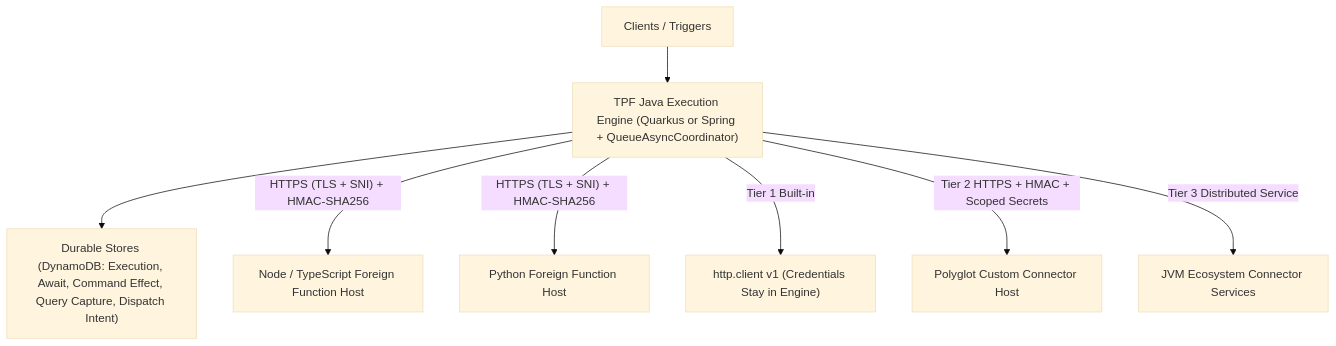
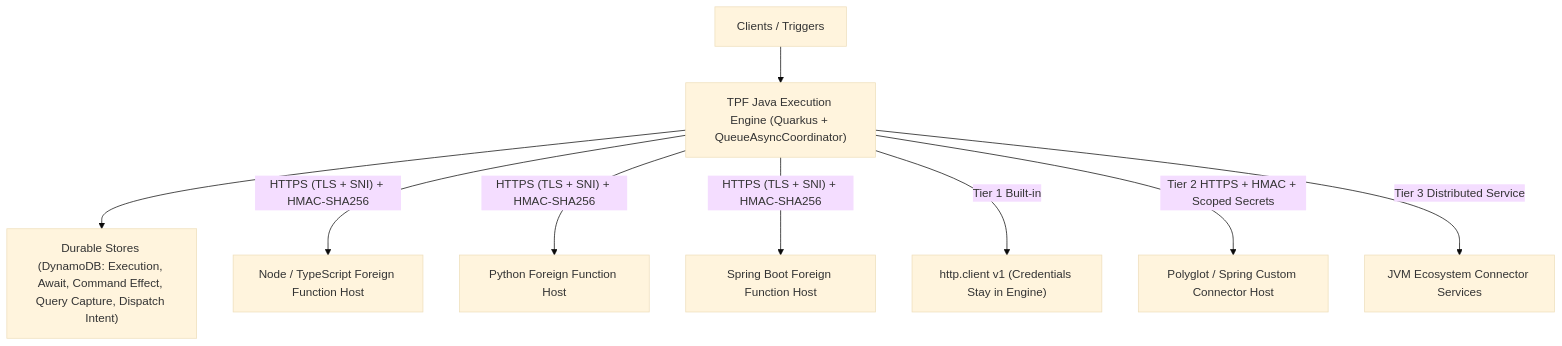
Before and after one commit to The-Pipeline-Framework/pipelineframework: the diagram in docs/deploy/polyglot.md, drawn with Mermaid (base theme). The commit also changed other lines of this file and 7 other files, not shown here.

First line of the commit message:
docs(adr-0094): adopt ADR-0092 Foreign Function & Connector Host for Spring Boot (#1128)

````diff
--- a/docs/deploy/polyglot.md
+++ b/docs/deploy/polyglot.md
@@ -5,10 +5,11 @@
 ```mermaid
 flowchart TB
-    CLIENT["Clients / Triggers"] --> ENGINE["TPF Java Execution Engine (Quarkus or Spring + QueueAsyncCoordinator)"]
+    CLIENT["Clients / Triggers"] --> ENGINE["TPF Java Execution Engine (Quarkus + QueueAsyncCoordinator)"]
     ENGINE --> DDB["Durable Stores (DynamoDB: Execution, Await, Command Effect, Query Capture, Dispatch Intent)"]
     ENGINE -->|"HTTPS (TLS + SNI) + HMAC-SHA256"| NODE["Node / TypeScript Foreign Function Host"]
     ENGINE -->|"HTTPS (TLS + SNI) + HMAC-SHA256"| PY["Python Foreign Function Host"]
+    ENGINE -->|"HTTPS (TLS + SNI) + HMAC-SHA256"| SPRING["Spring Boot Foreign Function Host"]
     ENGINE -->|"Tier 1 Built-in"| T1["http.client v1 (Credentials Stay in Engine)"]
-    ENGINE -->|"Tier 2 HTTPS + HMAC + Scoped Secrets"| T2["Polyglot Custom Connector Host"]
+    ENGINE -->|"Tier 2 HTTPS + HMAC + Scoped Secrets"| T2["Polyglot / Spring Custom Connector Host"]
     ENGINE -->|"Tier 3 Distributed Service"| T3["JVM Ecosystem Connector Services"]
 ```
````
